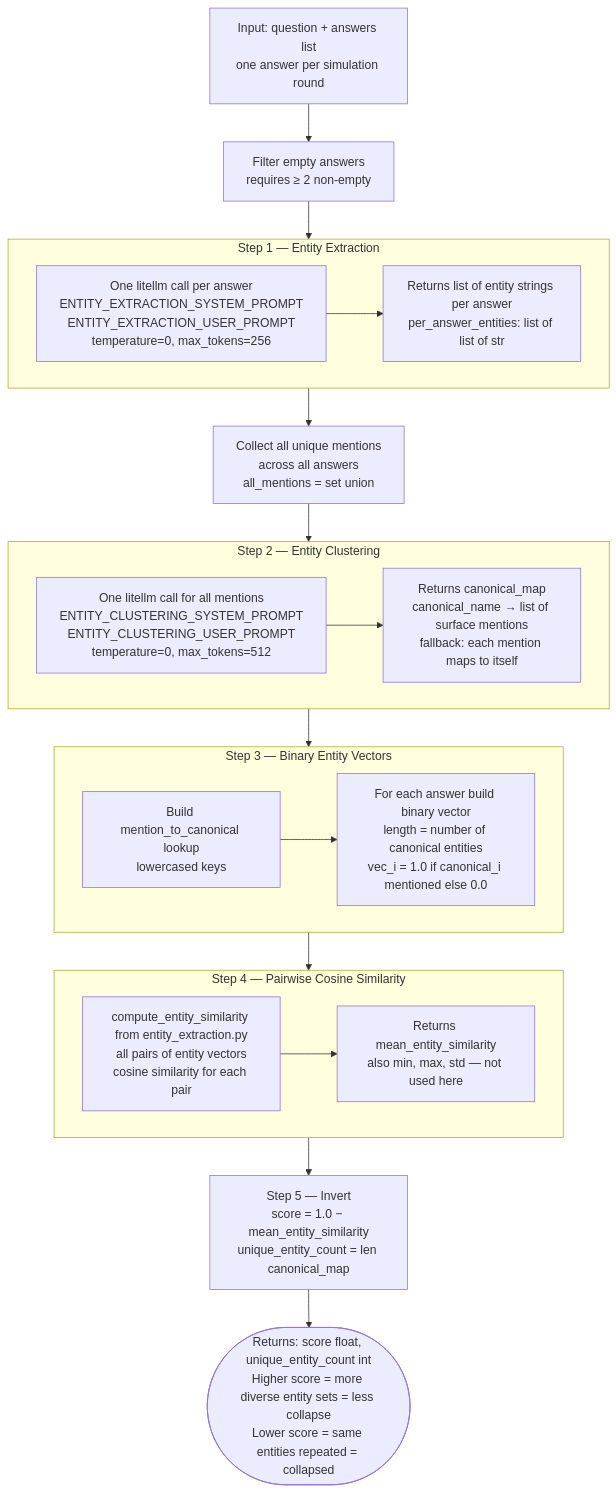
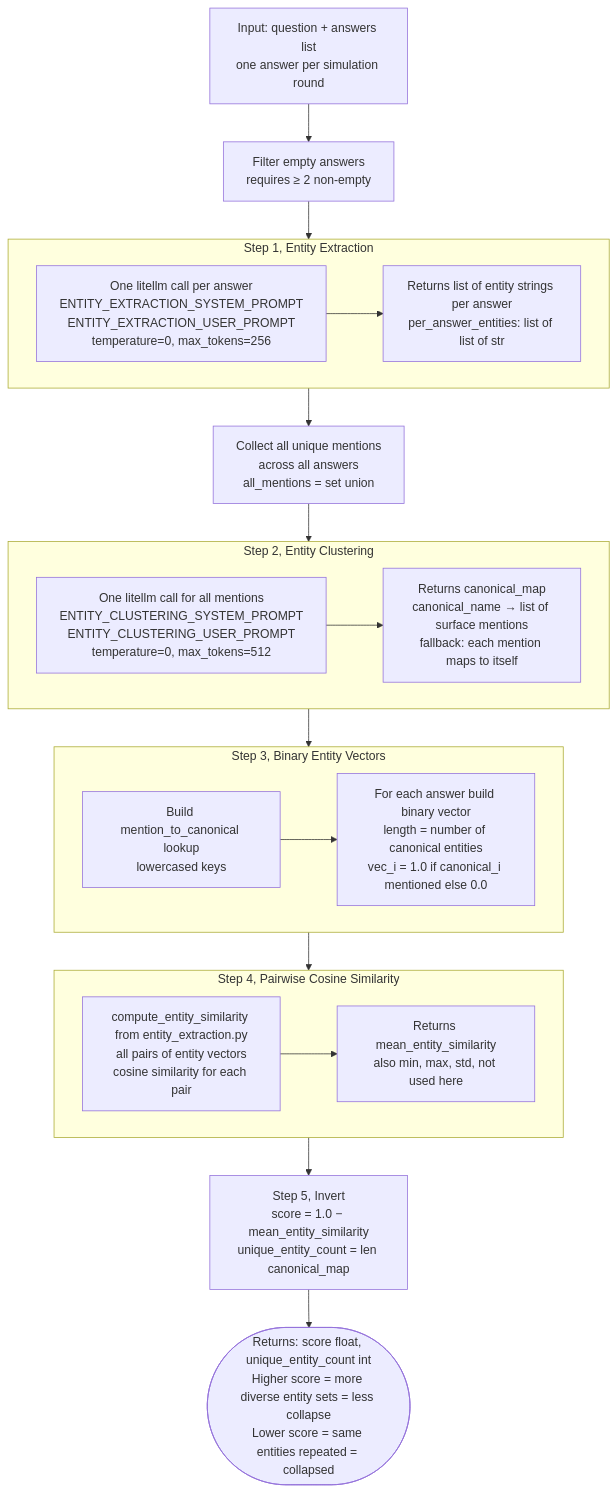
One commit to rag-collapse/RAG-Collapse changed the fourth of 7 diagrams in docs/gepa_flowchart.md. Above: the diagram before and after it, drawn with Mermaid. The commit also changed other lines of this file and 9 other files, not shown here.

````diff
--- a/docs/gepa_flowchart.md
+++ b/docs/gepa_flowchart.md
@@ -84,38 +84,38 @@
 ```mermaid
 flowchart TD
     IN[Input: question + answers list\none answer per simulation round] --> CLEAN[Filter empty answers\nrequires ≥ 2 non-empty]
 
     CLEAN --> EXT
 
-    subgraph EXT [Step 1 — Entity Extraction]
+    subgraph EXT [Step 1, Entity Extraction]
         EXT1[One litellm call per answer\nENTITY_EXTRACTION_SYSTEM_PROMPT\nENTITY_EXTRACTION_USER_PROMPT\ntemperature=0, max_tokens=256]
         EXT1 --> EXT2[Returns list of entity strings per answer\nper_answer_entities: list of list of str]
     end
 
     EXT --> UNION[Collect all unique mentions\nacross all answers\nall_mentions = set union]
 
     UNION --> CLUSTER
 
-    subgraph CLUSTER [Step 2 — Entity Clustering]
+    subgraph CLUSTER [Step 2, Entity Clustering]
         CL1[One litellm call for all mentions\nENTITY_CLUSTERING_SYSTEM_PROMPT\nENTITY_CLUSTERING_USER_PROMPT\ntemperature=0, max_tokens=512]
         CL1 --> CL2[Returns canonical_map\ncanonical_name → list of surface mentions\nfallback: each mention maps to itself]
     end
 
     CLUSTER --> VEC
 
-    subgraph VEC [Step 3 — Binary Entity Vectors]
+    subgraph VEC [Step 3, Binary Entity Vectors]
         V1[Build mention_to_canonical lookup\nlowercased keys]
         V1 --> V2[For each answer build binary vector\nlength = number of canonical entities\nvec_i = 1.0 if canonical_i mentioned else 0.0]
     end
 
     VEC --> SIM
 
-    subgraph SIM [Step 4 — Pairwise Cosine Similarity]
+    subgraph SIM [Step 4, Pairwise Cosine Similarity]
         S1[compute_entity_similarity from entity_extraction.py\nall pairs of entity vectors\ncosine similarity for each pair]
-        S1 --> S2[Returns mean_entity_similarity\nalso min, max, std — not used here]
+        S1 --> S2[Returns mean_entity_similarity\nalso min, max, std, not used here]
     end
 
-    SIM --> SCORE[Step 5 — Invert\nscore = 1.0 − mean_entity_similarity\nunique_entity_count = len canonical_map]
+    SIM --> SCORE[Step 5, Invert\nscore = 1.0 − mean_entity_similarity\nunique_entity_count = len canonical_map]
 
     SCORE --> OUT([Returns: score float, unique_entity_count int\nHigher score = more diverse entity sets = less collapse\nLower score = same entities repeated = collapsed])
 ```
````
